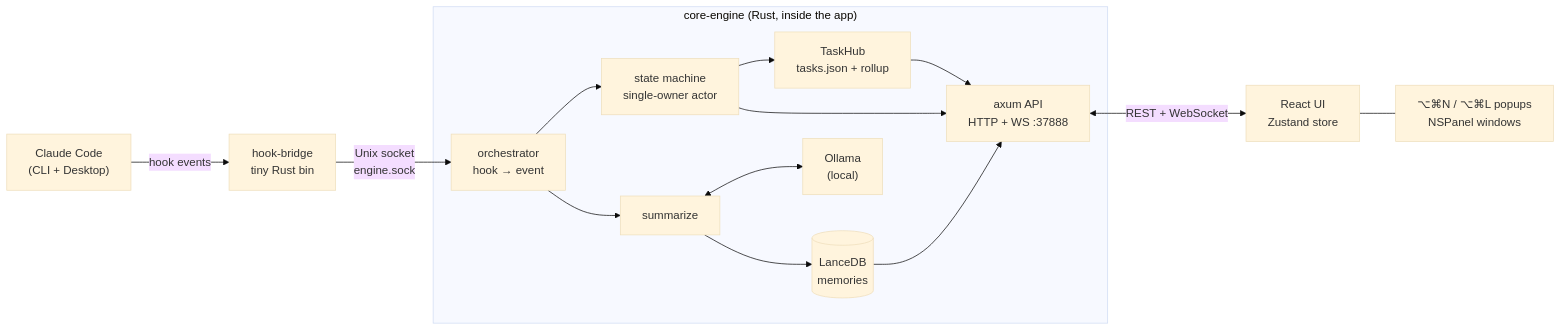
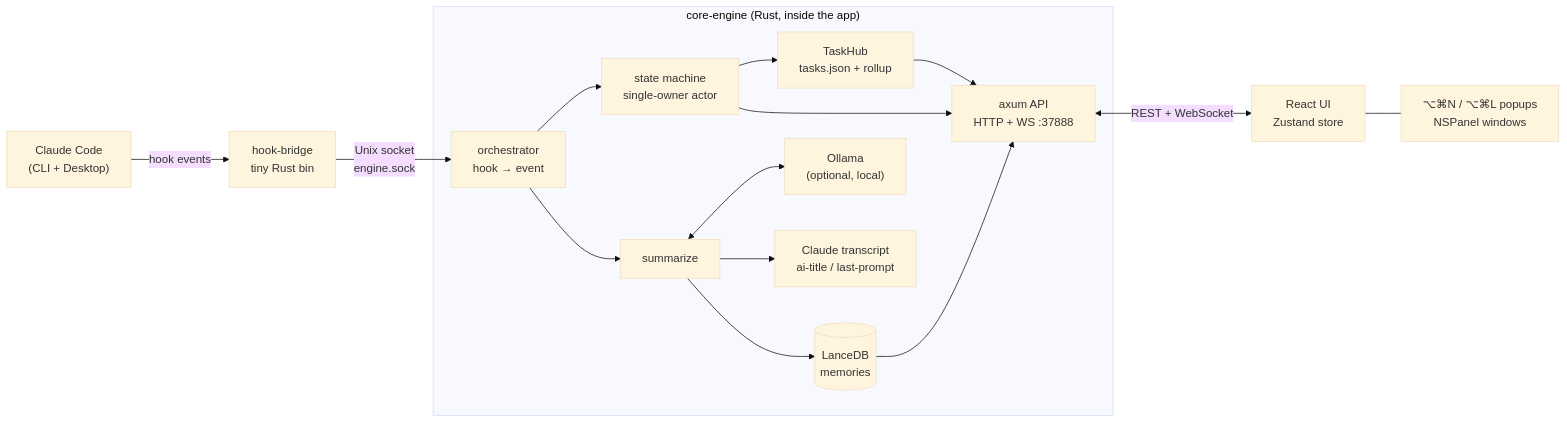
The first of 2 diagrams in README.md (omrico94/taisk), drawn with Mermaid (base theme) before and after one commit. The commit also changed other lines of this file, not shown here.

First line of the commit message:
README: make it clear Ollama is optional

````diff
--- a/README.md
+++ b/README.md
@@ -203,20 +204,21 @@
 ```mermaid
 flowchart LR
     CC["Claude Code<br/>(CLI + Desktop)"] -- "hook events" --> HB["hook-bridge<br/>tiny Rust bin"]
     HB -- "Unix socket<br/>engine.sock" --> ORCH
 
     subgraph Engine["core-engine (Rust, inside the app)"]
         ORCH["orchestrator<br/>hook → event"] --> SM["state machine<br/>single-owner actor"]
         SM --> TASKS["TaskHub<br/>tasks.json + rollup"]
         ORCH --> SUM["summarize"]
-        SUM <--> OLL["Ollama<br/>(local)"]
+        SUM <--> OLL["Ollama<br/>(optional, local)"]
+        SUM --> TR["Claude transcript<br/>ai-title / last-prompt"]
         SUM --> LDB[("LanceDB<br/>memories")]
         API["axum API<br/>HTTP + WS :37888"]
         SM --> API
         TASKS --> API
         LDB --> API
     end
 
     API <-- "REST + WebSocket" --> UI["React UI<br/>Zustand store"]
     UI --- POP["⌥⌘N / ⌥⌘L popups<br/>NSPanel windows"]
 ```
````
